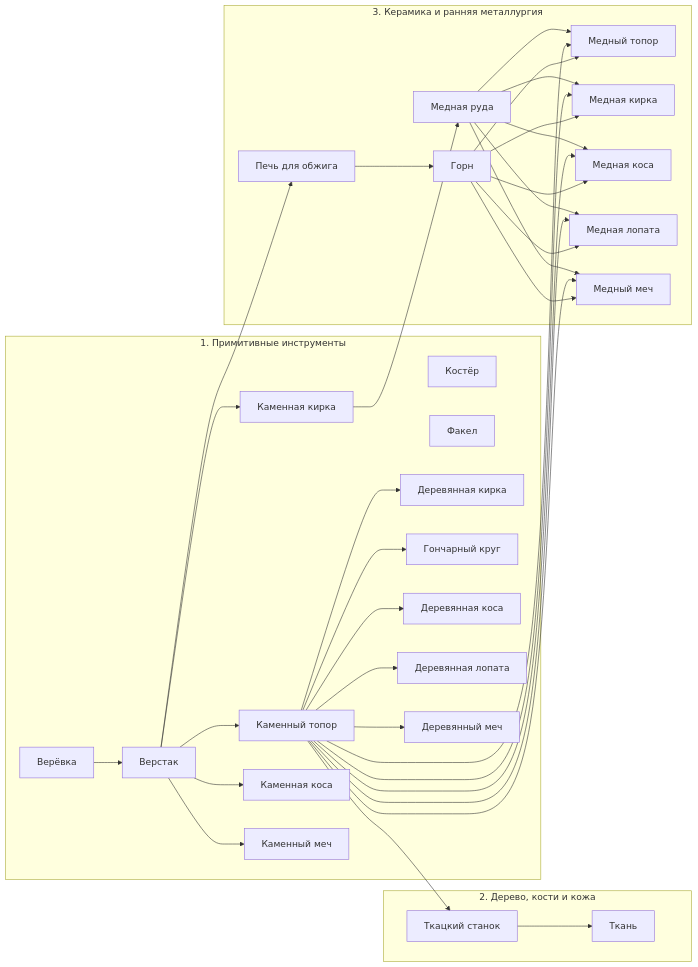
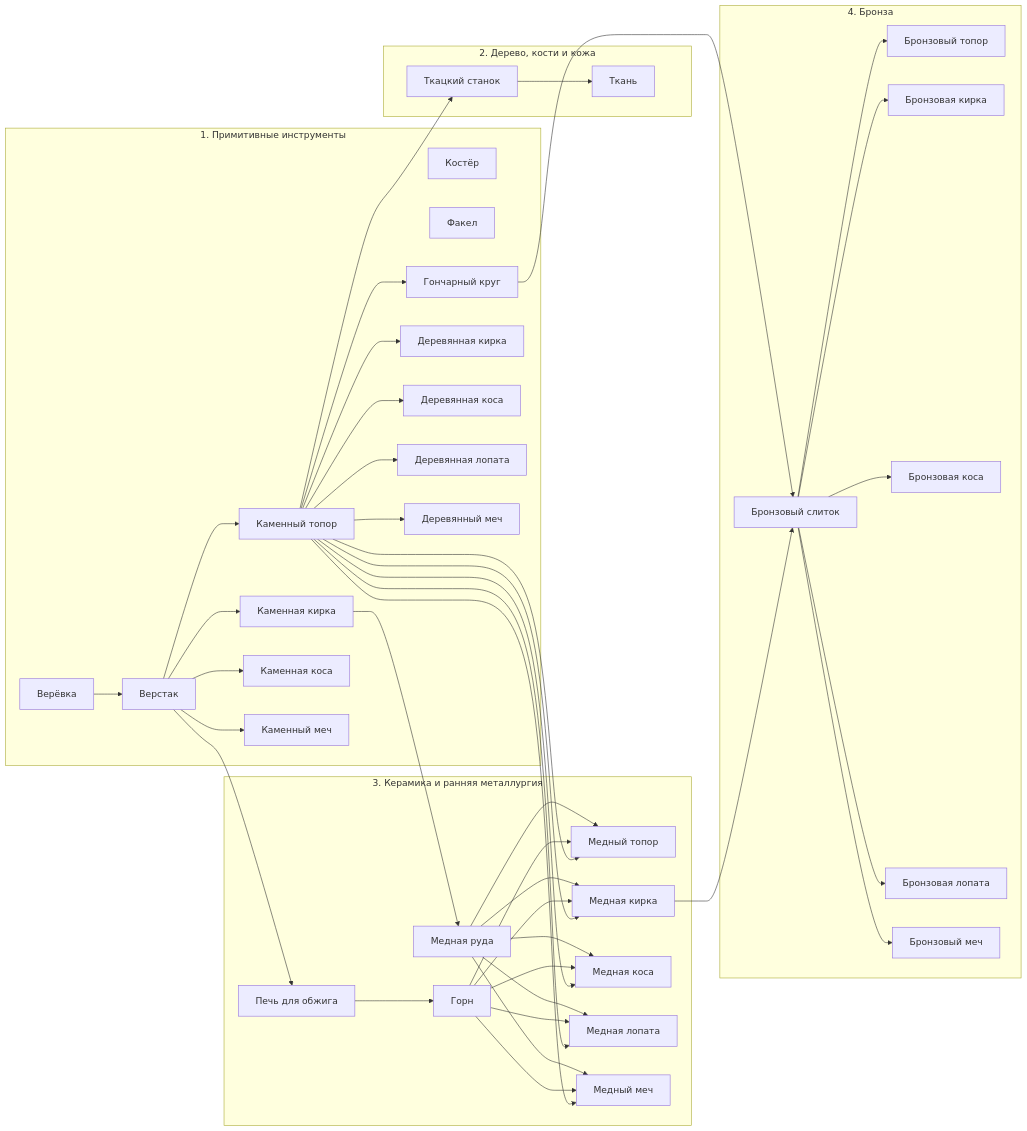
Before and after one commit to randomboygh/survivium: the first of 2 diagrams in docs/generated/content-graph.md, drawn with Mermaid. The commit also changed other lines of this file and 61 other files, not shown here.

````diff
--- a/docs/generated/content-graph.md
+++ b/docs/generated/content-graph.md
@@ -304,62 +334,77 @@
 ```mermaid
 flowchart LR
   subgraph e1["1. Примитивные инструменты"]
     b0["Костёр"]
     b3["Верёвка"]
     b4["Факел"]
     b5["Верстак"]
-    b6["Каменный топор"]
-    b11["Каменная кирка"]
-    b12["Деревянная кирка"]
-    b14["Гончарный круг"]
-    b15["Каменная коса"]
-    b16["Деревянная коса"]
-    b18["Деревянная лопата"]
-    b20["Деревянный меч"]
-    b21["Каменный меч"]
+    b9["Гончарный круг"]
+    b11["Каменный топор"]
+    b14["Каменная кирка"]
+    b15["Деревянная кирка"]
+    b18["Каменная коса"]
+    b19["Деревянная коса"]
+    b22["Деревянная лопата"]
+    b25["Деревянный меч"]
+    b26["Каменный меч"]
   end
   subgraph e2["2. Дерево, кости и кожа"]
     b1["Ткань"]
-    b10["Ткацкий станок"]
+    b8["Ткацкий станок"]
   end
   subgraph e3["3. Керамика и ранняя металлургия"]
     b2["Медная руда"]
-    b7["Медный топор"]
-    b8["Горн"]
-    b9["Печь для обжига"]
-    b13["Медная кирка"]
-    b17["Медная коса"]
-    b19["Медная лопата"]
-    b22["Медный меч"]
+    b6["Горн"]
+    b7["Печь для обжига"]
+    b12["Медный топор"]
+    b16["Медная кирка"]
+    b20["Медная коса"]
+    b23["Медная лопата"]
+    b27["Медный меч"]
   end
-  b10 --> b1
-  b11 --> b2
+  subgraph e4["4. Бронза"]
+    b10["Бронзовый слиток"]
+    b13["Бронзовый топор"]
+    b17["Бронзовая кирка"]
+    b21["Бронзовая коса"]
+    b24["Бронзовая лопата"]
+    b28["Бронзовый меч"]
+  end
+  b8 --> b1
+  b14 --> b2
   b3 --> b5
-  b5 --> b6
-  b2 --> b7
-  b6 --> b7
-  b8 --> b7
-  b9 --> b8
-  b5 --> b9
-  b6 --> b10
+  b7 --> b6
+  b5 --> b7
+  b11 --> b8
+  b11 --> b9
+  b9 --> b10
+  b16 --> b10
   b5 --> b11
+  b2 --> b12
   b6 --> b12
-  b2 --> b13
-  b6 --> b13
-  b8 --> b13
-  b6 --> b14
-  b5 --> b15
+  b11 --> b12
+  b10 --> b13
+  b5 --> b14
+  b11 --> b15
+  b2 --> b16
   b6 --> b16
-  b2 --> b17
-  b6 --> b17
-  b8 --> b17
-  b6 --> b18
-  b2 --> b19
-  b6 --> b19
-  b8 --> b19
+  b11 --> b16
+  b10 --> b17
+  b5 --> b18
+  b11 --> b19
+  b2 --> b20
   b6 --> b20
-  b5 --> b21
-  b2 --> b22
-  b6 --> b22
-  b8 --> b22
+  b11 --> b20
+  b10 --> b21
+  b11 --> b22
+  b2 --> b23
+  b6 --> b23
+  b11 --> b23
+  b10 --> b24
+  b11 --> b25
+  b5 --> b26
+  b2 --> b27
+  b6 --> b27
+  b11 --> b27
+  b10 --> b28
 ```
````
